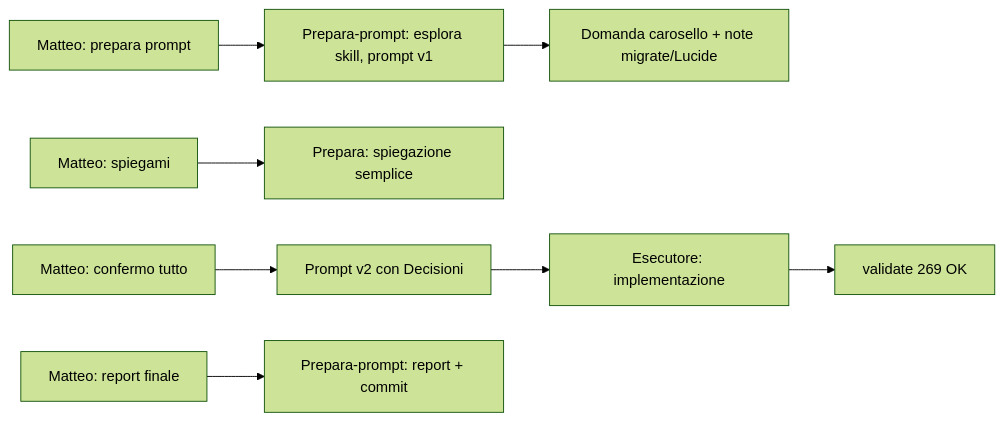
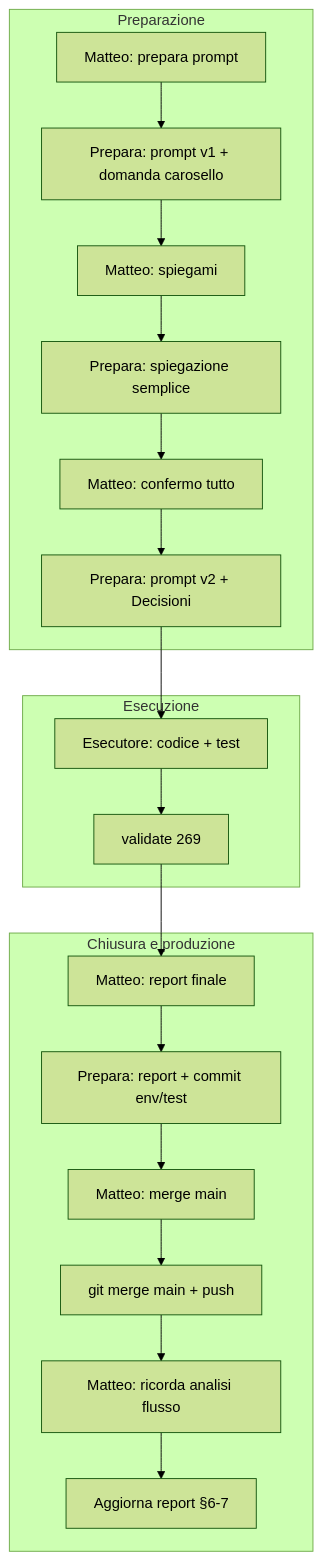
One commit to Matteo-Exp-Transformer/CALENDARIO-V2 changed the diagram in docs/Sessioni di lavoro/01-06-26/Report-unificazione-icone-prenota-qr.md. Above: the diagram before and after it, drawn with Mermaid (forest theme). The commit also changed other lines of this file and 2 other files, not shown here.

First line of the commit message:
docs: analisi flusso prompt e KPI sessione icone Prenota

````diff
--- a/docs/Sessioni di lavoro/01-06-26/Report-unificazione-icone-prenota-qr.md
+++ b/docs/Sessioni di lavoro/01-06-26/Report-unificazione-icone-prenota-qr.md
@@ -122,10 +162,24 @@
 ```mermaid
-flowchart LR
-  M[Matteo: prepara prompt] --> P[Prepara-prompt: esplora skill, prompt v1]
-  P --> Q[Domanda carosello + note migrate/Lucide]
-  M2[Matteo: spiegami] --> P2[Prepara: spiegazione semplice]
-  M3[Matteo: confermo tutto] --> P3[Prompt v2 con Decisioni]
-  P3 --> E[Esecutore: implementazione]
-  E --> V[validate 269 OK]
-  M4[Matteo: report finale] --> R[Prepara-prompt: report + commit]
+flowchart TB
+  subgraph prep [Preparazione]
+    M1[Matteo: prepara prompt]
+    P1[Prepara: prompt v1 + domanda carosello]
+    M2[Matteo: spiegami]
+    P2[Prepara: spiegazione semplice]
+    M3[Matteo: confermo tutto]
+    P3[Prepara: prompt v2 + Decisioni]
+  end
+  subgraph exec [Esecuzione]
+    E[Esecutore: codice + test]
+    V[validate 269]
+  end
+  subgraph close [Chiusura e produzione]
+    M4[Matteo: report finale]
+    R[Prepara: report + commit env/test]
+    M5[Matteo: merge main]
+    G[git merge main + push]
+    M6[Matteo: ricorda analisi flusso]
+    U[Aggiorna report §6-7]
+  end
+  M1 --> P1 --> M2 --> P2 --> M3 --> P3 --> E --> V --> M4 --> R --> M5 --> G --> M6 --> U
 ```
````
